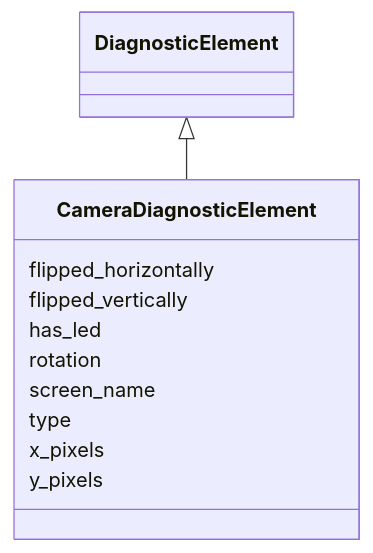
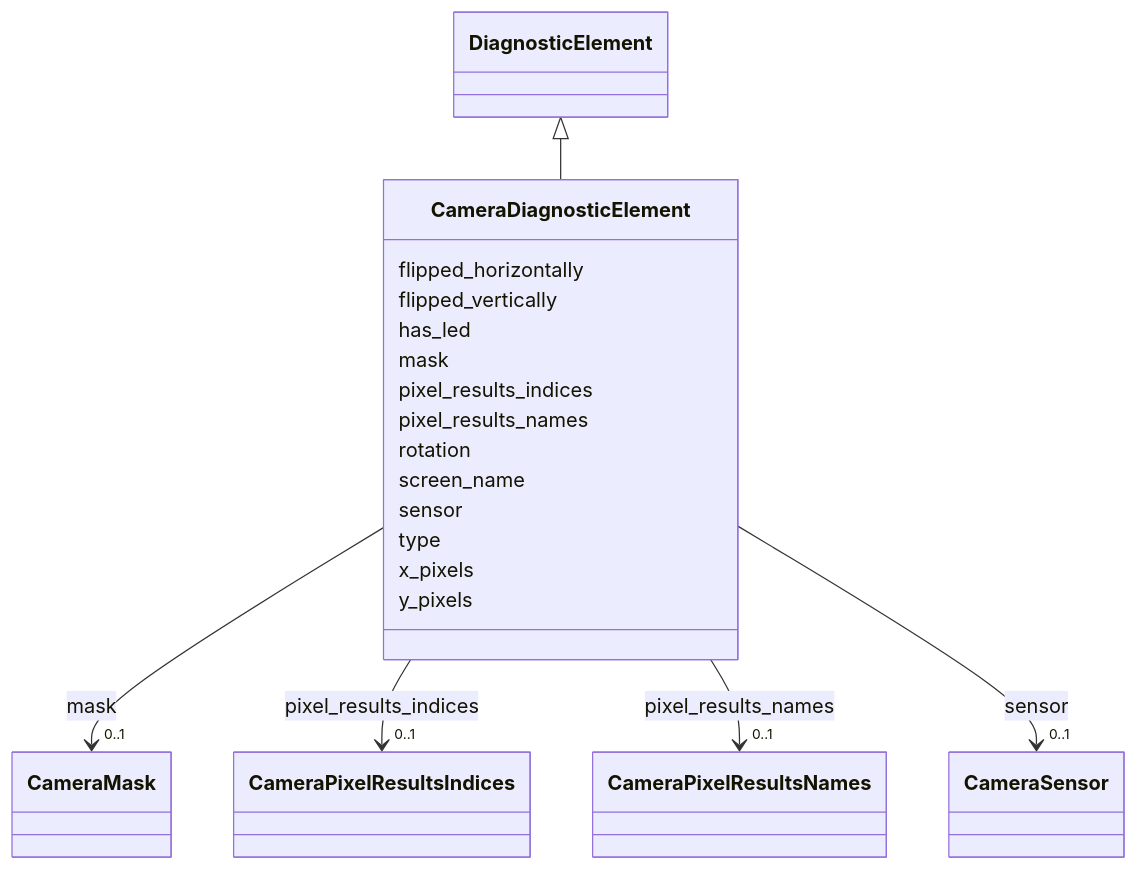
The diagram in docs/source/schema/CameraDiagnosticElement.md (astec-stfc/laura), drawn with Mermaid before and after one commit. The commit also changed other lines of this file and 330 other files, not shown here.

Commit message:
Rationalising the schema and objects

````diff
--- a/docs/source/schema/CameraDiagnosticElement.md
+++ b/docs/source/schema/CameraDiagnosticElement.md
@@ -23,25 +23,69 @@
 ```mermaid
  classDiagram
     class CameraDiagnosticElement
     click CameraDiagnosticElement href "../CameraDiagnosticElement/"
       DiagnosticElement <|-- CameraDiagnosticElement
         click DiagnosticElement href "../DiagnosticElement/"
       
       CameraDiagnosticElement : flipped_horizontally
         
       CameraDiagnosticElement : flipped_vertically
         
       CameraDiagnosticElement : has_led
         
+      CameraDiagnosticElement : mask
+        
+          
+    
+        
+        
+        CameraDiagnosticElement --> "0..1" CameraMask : mask
+        click CameraMask href "../CameraMask/"
+    
+
+        
+      CameraDiagnosticElement : pixel_results_indices
+        
+          
+    
+        
+        
+        CameraDiagnosticElement --> "0..1" CameraPixelResultsIndices : pixel_results_indices
+        click CameraPixelResultsIndices href "../CameraPixelResultsIndices/"
+    
+
+        
+      CameraDiagnosticElement : pixel_results_names
+        
+          
+    
+        
+        
+        CameraDiagnosticElement --> "0..1" CameraPixelResultsNames : pixel_results_names
+        click CameraPixelResultsNames href "../CameraPixelResultsNames/"
+    
+
+        
       CameraDiagnosticElement : rotation
         
       CameraDiagnosticElement : screen_name
+        
+      CameraDiagnosticElement : sensor
+        
+          
+    
+        
+        
+        CameraDiagnosticElement --> "0..1" CameraSensor : sensor
+        click CameraSensor href "../CameraSensor/"
+    
+
         
       CameraDiagnosticElement : type
         
       CameraDiagnosticElement : x_pixels
         
       CameraDiagnosticElement : y_pixels
         
       
 ```
````
